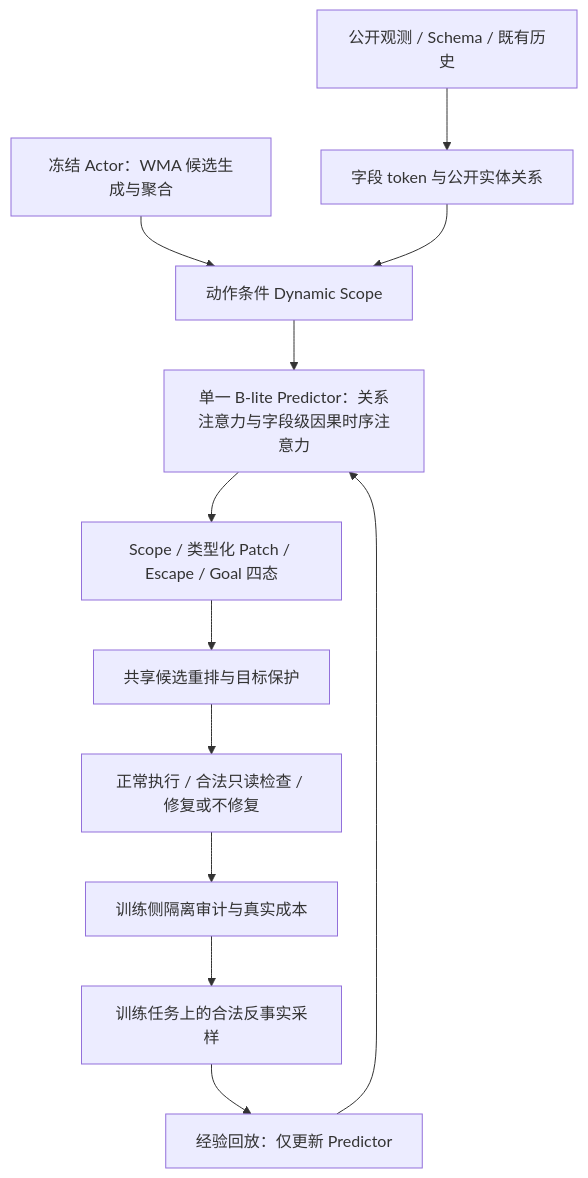
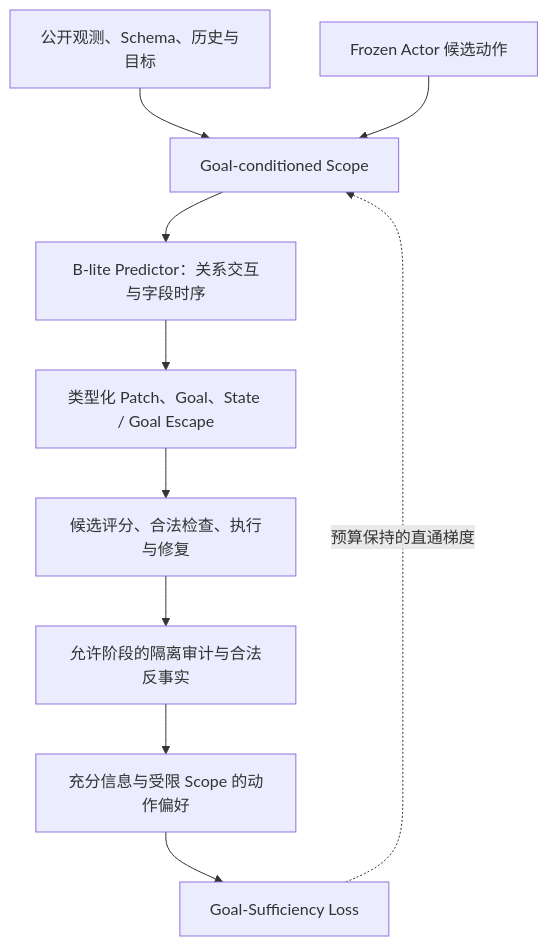
Before and after one commit to Hang-276/RepairScope: the diagram in README.md, drawn with Mermaid. The commit also changed other lines of this file and 199 other files, not shown here.

````diff
--- a/README.md
+++ b/README.md
@@ -32,14 +20,12 @@
 ```mermaid
 flowchart TD
-    O[公开观测 / Schema / 既有历史] --> S[字段 token 与公开实体关系]
-    A[冻结 Actor：WMA 候选生成与聚合] --> D[动作条件 Dynamic Scope]
-    S --> D
-    D --> P[单一 B-lite Predictor：关系注意力与字段级因果时序注意力]
-    P --> H[Scope / 类型化 Patch / Escape / Goal 四态]
-    H --> C[共享候选重排与目标保护]
-    C --> X[正常执行 / 合法只读检查 / 修复或不修复]
-    X --> R[训练侧隔离审计与真实成本]
-    R --> Q[训练任务上的合法反事实采样]
-    Q --> U[经验回放：仅更新 Predictor]
-    U --> P
+    P[公开观测、Schema、历史与目标] --> S[Goal-conditioned Scope]
+    A[Frozen Actor 候选动作] --> S
+    S --> M[B-lite Predictor：关系交互与字段时序]
+    M --> O[类型化 Patch、Goal、State / Goal Escape]
+    O --> C[候选评分、合法检查、执行与修复]
+    C --> E[允许阶段的隔离审计与合法反事实]
+    E --> D[充分信息与受限 Scope 的动作偏好]
+    D --> L[Goal-Sufficiency Loss]
+    L -. 预算保持的直通梯度 .-> S
 ```
````
